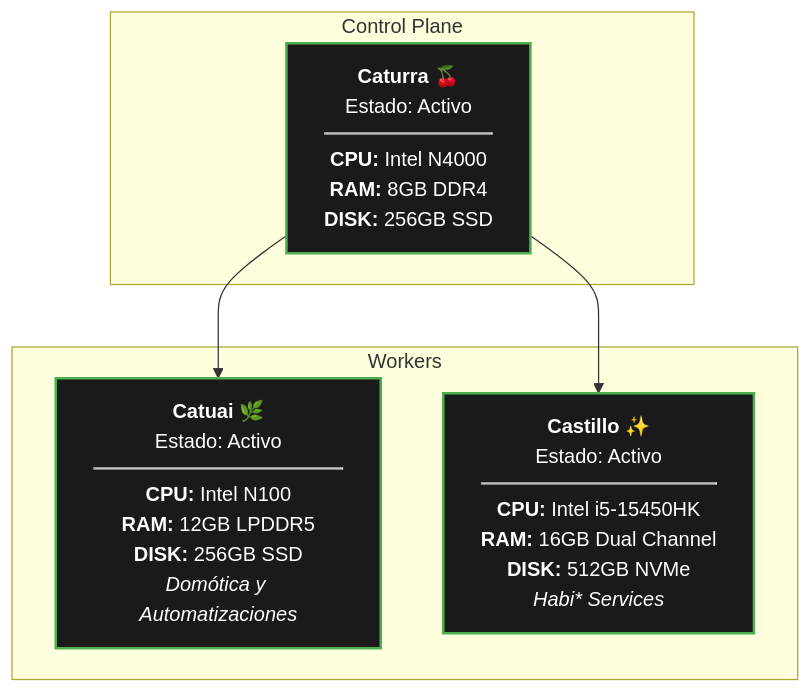
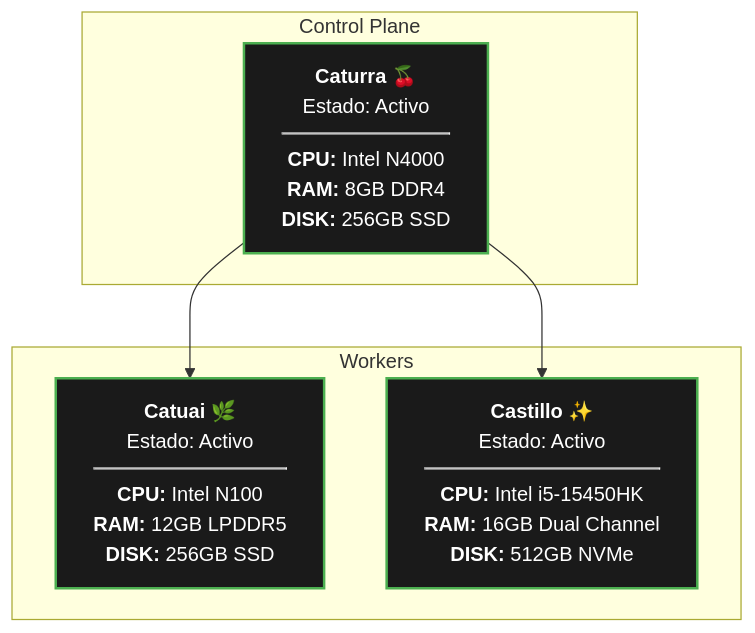
Before and after one commit to citocafecito-homelab/.github: the diagram in profile/README.md, drawn with Mermaid.

Commit message:
Fix HTML encoding in README.md for Catuai and Castillo

````diff
--- a/profile/README.md
+++ b/profile/README.md
@@ -19,23 +19,23 @@
 ```mermaid
 graph TD
     %% Nodo Maestro
     subgraph Control_Plane ["Control Plane"]
         Caturra["<b>Caturra 🍒</b><br/>Estado: Activo<hr/><b>CPU:</b> Intel N4000<br/><b>RAM:</b> 8GB DDR4<br/><b>DISK:</b> 256GB SSD"]
     end
 
     %% Conexiones
     Caturra --> Catuai
     Caturra --> Castillo
 
     %% Nodos Workers
     subgraph Workers ["Workers"]
-        Catuai["<b>Catuai 🌿</b><br/>Estado: Activo<hr/><b>CPU:</b> Intel N100<br/><b>RAM:</b> 12GB LPDDR5<br/><b>DISK:</b> 256GB SSD<br/><i>Domótica y Automatizaciones</i>"]
+        Catuai["<b>Catuai 🌿</b><br/>Estado: Activo<hr/><b>CPU:</b> Intel N100<br/><b>RAM:</b> 12GB LPDDR5<br/><b>DISK:</b> 256GB SSD"]
         
-        Castillo["<b>Castillo ✨</b><br/>Estado: Activo<hr/><b>CPU:</b> Intel i5-15450HK<br/><b>RAM:</b> 16GB Dual Channel<br/><b>DISK:</b> 512GB NVMe<br/><i>Habi* Services</i>"]
+        Castillo["<b>Castillo ✨</b><br/>Estado: Activo<hr/><b>CPU:</b> Intel i5-15450HK<br/><b>RAM:</b> 16GB Dual Channel<br/><b>DISK:</b> 512GB NVMe"]
     end
 
     %% Estilos de Estado (Todos Activos)
     style Caturra fill:#1a1a1a,stroke:#4CAF50,stroke-width:2px,color:#fff
     style Catuai fill:#1a1a1a,stroke:#4CAF50,stroke-width:2px,color:#fff
     style Castillo fill:#1a1a1a,stroke:#4CAF50,stroke-width:2px,color:#fff
 ```
````
